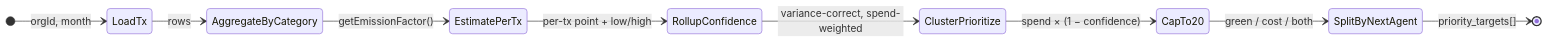
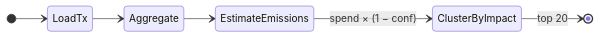
One commit to LucasDuys/bunq-hackathon changed the second of 10 diagrams in README.md. Above: the diagram before and after it, drawn with Mermaid. The commit also changed other lines of this file, not shown here.

````diff
--- a/README.md
+++ b/README.md
@@ -142,12 +151,9 @@
 ```mermaid
 stateDiagram-v2
     direction LR
-    [*] --> LoadTx: orgId, month
-    LoadTx --> AggregateByCategory: rows
-    AggregateByCategory --> EstimatePerTx: getEmissionFactor()
-    EstimatePerTx --> RollupConfidence: per-tx point + low/high
-    RollupConfidence --> ClusterPrioritize: variance-correct, spend-weighted
-    ClusterPrioritize --> CapTo20: spend × (1 − confidence)
-    CapTo20 --> SplitByNextAgent: green / cost / both
-    SplitByNextAgent --> [*]: priority_targets[]
+    [*] --> LoadTx
+    LoadTx --> Aggregate
+    Aggregate --> EstimateEmissions
+    EstimateEmissions --> ClusterByImpact: spend × (1 − conf)
+    ClusterByImpact --> [*]: top 20
 ```
````
